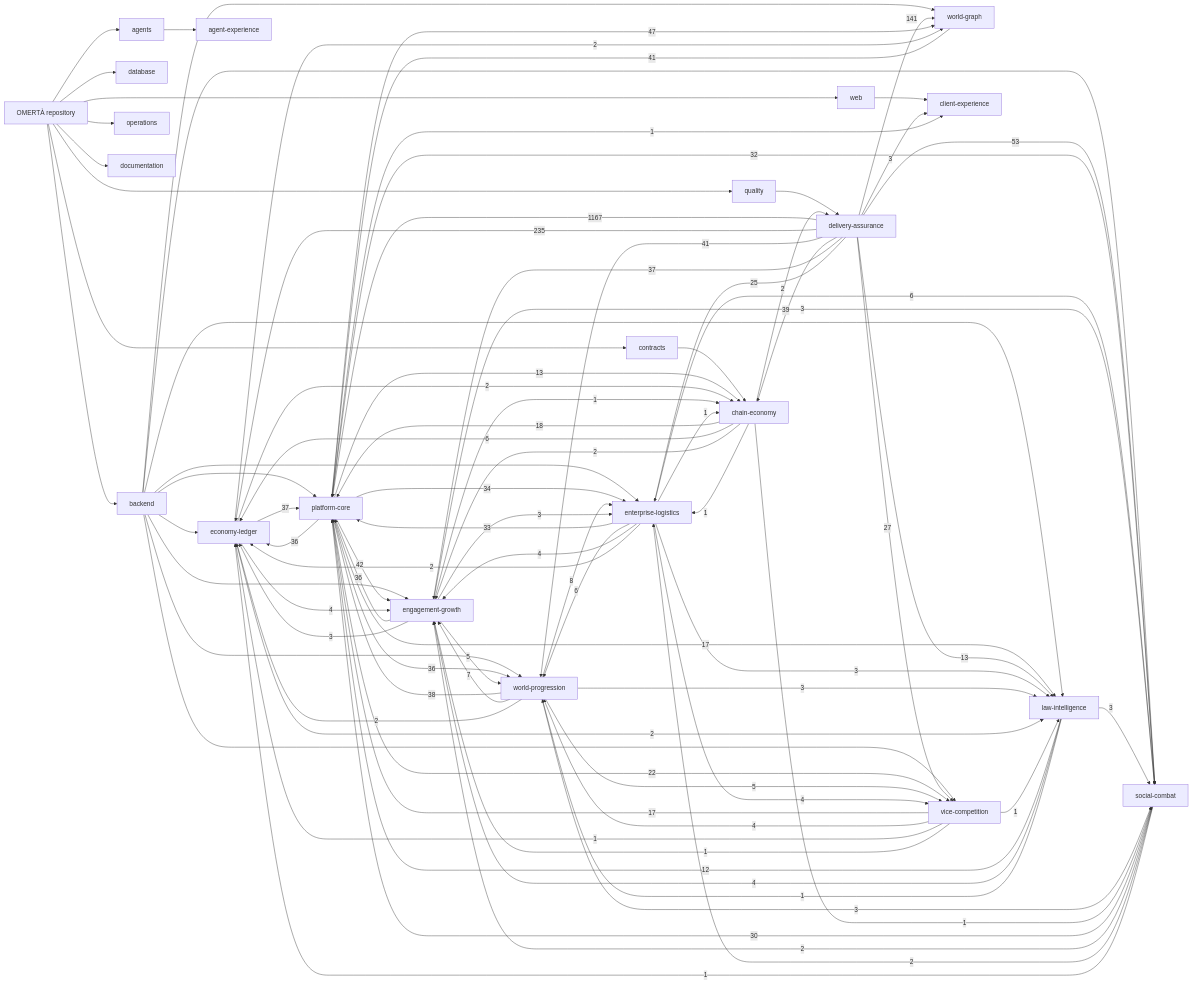
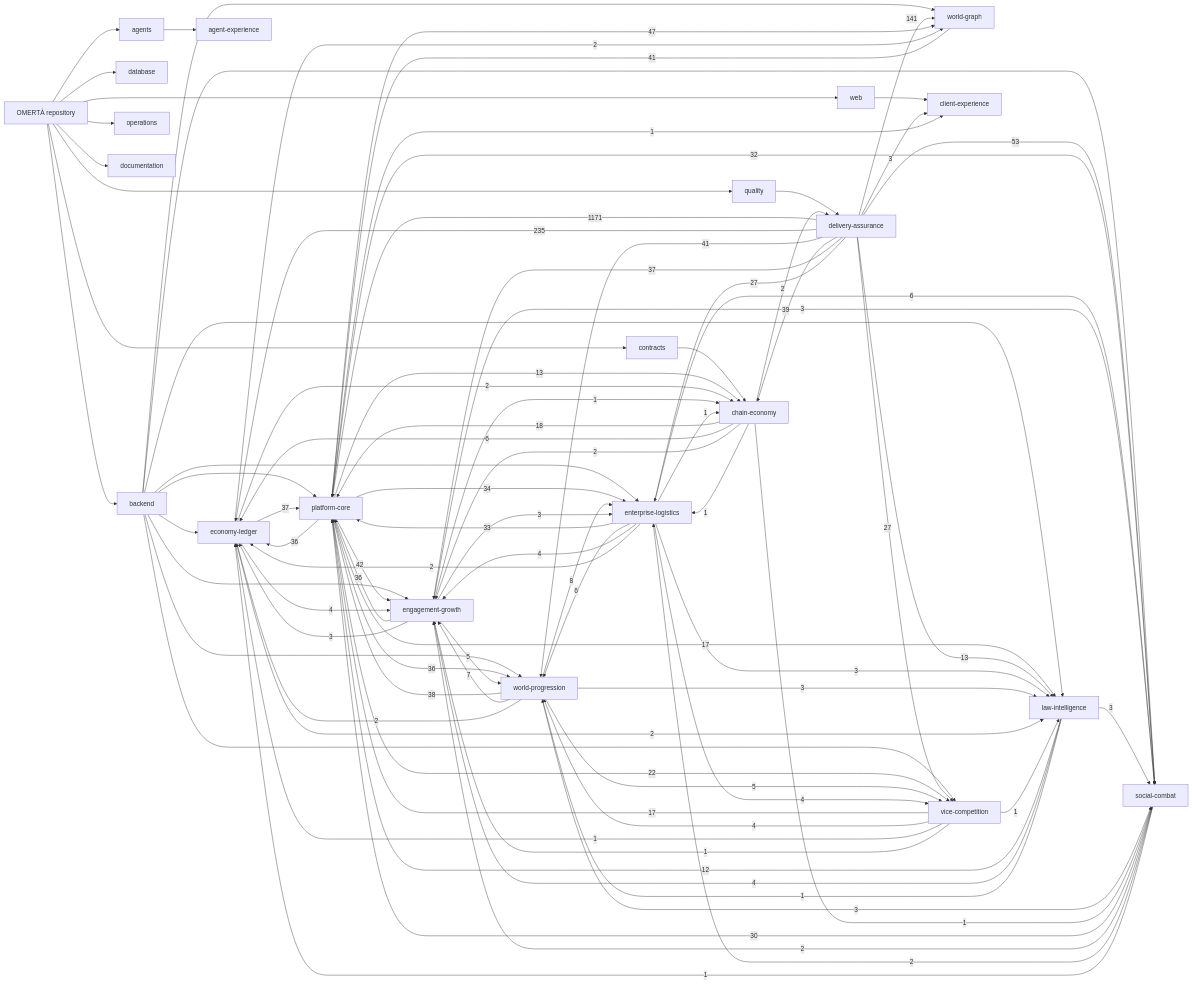
Before and after one commit to OmertaDev/Omerta: the diagram in knowledge/generated/graph.mmd, drawn with Mermaid. The commit also changed 8 other files, not shown here.

```diff
--- a/knowledge/generated/graph.mmd
+++ b/knowledge/generated/graph.mmd
@@ -1,111 +1,111 @@
 flowchart LR
   repo["OMERTÀ repository"]
   sub_backend["backend"]
   repo --> sub_backend
   sub_database["database"]
   repo --> sub_database
   sub_web["web"]
   repo --> sub_web
   sub_contracts["contracts"]
   repo --> sub_contracts
   sub_agents["agents"]
   repo --> sub_agents
   sub_quality["quality"]
   repo --> sub_quality
   sub_operations["operations"]
   repo --> sub_operations
   sub_documentation["documentation"]
   repo --> sub_documentation
   dom_platform-core["platform-core"]
   dom_economy-ledger["economy-ledger"]
   dom_social-combat["social-combat"]
   dom_world-progression["world-progression"]
   dom_world-graph["world-graph"]
   dom_enterprise-logistics["enterprise-logistics"]
   dom_vice-competition["vice-competition"]
   dom_law-intelligence["law-intelligence"]
   dom_chain-economy["chain-economy"]
   dom_engagement-growth["engagement-growth"]
   dom_client-experience["client-experience"]
   dom_agent-experience["agent-experience"]
   dom_delivery-assurance["delivery-assurance"]
   sub_agents --> dom_agent-experience
   sub_backend --> dom_economy-ledger
   sub_backend --> dom_engagement-growth
   sub_backend --> dom_enterprise-logistics
   sub_backend --> dom_law-intelligence
   sub_backend --> dom_platform-core
   sub_backend --> dom_social-combat
   sub_backend --> dom_vice-competition
   sub_backend --> dom_world-graph
   sub_backend --> dom_world-progression
   sub_contracts --> dom_chain-economy
   sub_quality --> dom_delivery-assurance
   sub_web --> dom_client-experience
-  dom_delivery-assurance -->|1167| dom_platform-core
+  dom_delivery-assurance -->|1171| dom_platform-core
   dom_delivery-assurance -->|235| dom_economy-ledger
   dom_delivery-assurance -->|141| dom_world-graph
   dom_delivery-assurance -->|53| dom_social-combat
   dom_platform-core -->|47| dom_world-graph
   dom_platform-core -->|42| dom_engagement-growth
   dom_delivery-assurance -->|41| dom_world-progression
   dom_world-graph -->|41| dom_platform-core
   dom_delivery-assurance -->|39| dom_chain-economy
   dom_world-progression -->|38| dom_platform-core
   dom_delivery-assurance -->|37| dom_engagement-growth
   dom_economy-ledger -->|37| dom_platform-core
   dom_engagement-growth -->|36| dom_platform-core
   dom_platform-core -->|36| dom_economy-ledger
   dom_platform-core -->|36| dom_world-progression
   dom_platform-core -->|34| dom_enterprise-logistics
   dom_enterprise-logistics -->|33| dom_platform-core
   dom_platform-core -->|32| dom_social-combat
   dom_social-combat -->|30| dom_platform-core
+  dom_delivery-assurance -->|27| dom_enterprise-logistics
   dom_delivery-assurance -->|27| dom_vice-competition
-  dom_delivery-assurance -->|25| dom_enterprise-logistics
   dom_platform-core -->|22| dom_vice-competition
   dom_chain-economy -->|18| dom_platform-core
   dom_platform-core -->|17| dom_law-intelligence
   dom_vice-competition -->|17| dom_platform-core
   dom_delivery-assurance -->|13| dom_law-intelligence
   dom_platform-core -->|13| dom_chain-economy
   dom_law-intelligence -->|12| dom_platform-core
   dom_world-progression -->|8| dom_enterprise-logistics
   dom_world-progression -->|7| dom_engagement-growth
   dom_chain-economy -->|6| dom_economy-ledger
   dom_enterprise-logistics -->|6| dom_social-combat
   dom_enterprise-logistics -->|6| dom_world-progression
   dom_engagement-growth -->|5| dom_world-progression
   dom_world-progression -->|5| dom_vice-competition
   dom_economy-ledger -->|4| dom_engagement-growth
   dom_enterprise-logistics -->|4| dom_engagement-growth
   dom_enterprise-logistics -->|4| dom_vice-competition
   dom_law-intelligence -->|4| dom_engagement-growth
   dom_vice-competition -->|4| dom_world-progression
   dom_delivery-assurance -->|3| dom_client-experience
   dom_engagement-growth -->|3| dom_economy-ledger
   dom_engagement-growth -->|3| dom_enterprise-logistics
   dom_engagement-growth -->|3| dom_social-combat
   dom_enterprise-logistics -->|3| dom_law-intelligence
   dom_law-intelligence -->|3| dom_social-combat
   dom_world-progression -->|3| dom_law-intelligence
   dom_world-progression -->|3| dom_social-combat
   dom_chain-economy -->|2| dom_delivery-assurance
   dom_chain-economy -->|2| dom_engagement-growth
   dom_economy-ledger -->|2| dom_chain-economy
   dom_economy-ledger -->|2| dom_law-intelligence
   dom_economy-ledger -->|2| dom_world-graph
   dom_enterprise-logistics -->|2| dom_economy-ledger
   dom_social-combat -->|2| dom_engagement-growth
   dom_social-combat -->|2| dom_enterprise-logistics
   dom_world-progression -->|2| dom_economy-ledger
   dom_chain-economy -->|1| dom_enterprise-logistics
   dom_chain-economy -->|1| dom_social-combat
   dom_engagement-growth -->|1| dom_chain-economy
   dom_enterprise-logistics -->|1| dom_chain-economy
   dom_law-intelligence -->|1| dom_world-progression
   dom_platform-core -->|1| dom_client-experience
   dom_social-combat -->|1| dom_economy-ledger
   dom_vice-competition -->|1| dom_economy-ledger
   dom_vice-competition -->|1| dom_engagement-growth
   dom_vice-competition -->|1| dom_law-intelligence
```
